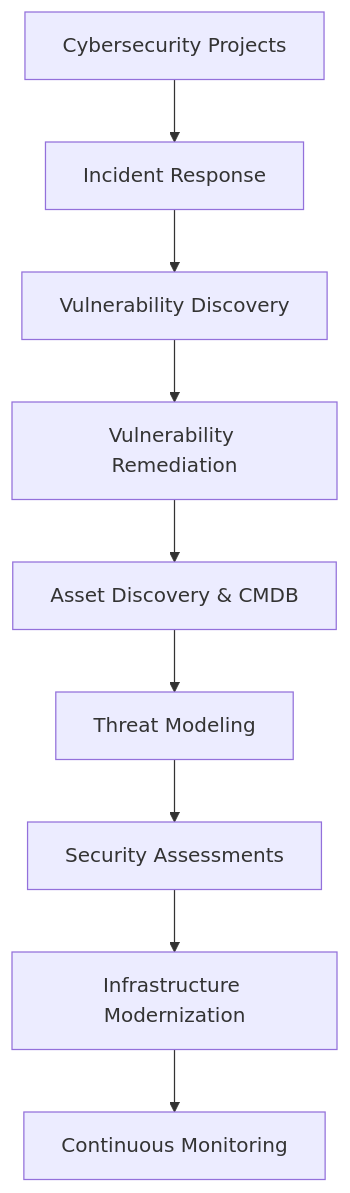
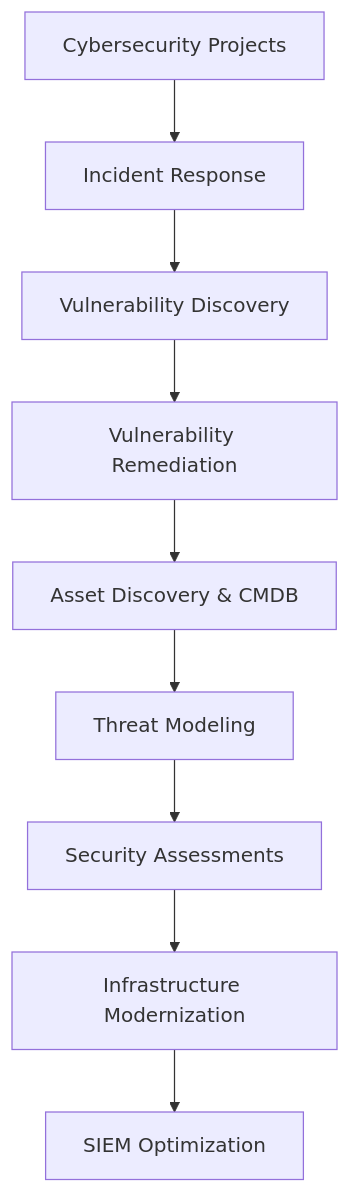
The diagram in projects.md (EnoMada/EnoMada), drawn with Mermaid before and after one commit. The commit also changed other lines of this file, not shown here.

````diff
--- a/projects.md
+++ b/projects.md
@@ -98,11 +134,11 @@
 ```mermaid
 graph TD;
   A[Cybersecurity Projects] --> B[Incident Response];
   B --> C[Vulnerability Discovery];
   C --> D[Vulnerability Remediation];
   D --> E[Asset Discovery & CMDB];
   E --> F[Threat Modeling];
   F --> G[Security Assessments];
   G --> H[Infrastructure Modernization];
-  H --> I[Continuous Monitoring];
+  H --> I[SIEM Optimization];
 ```
````
